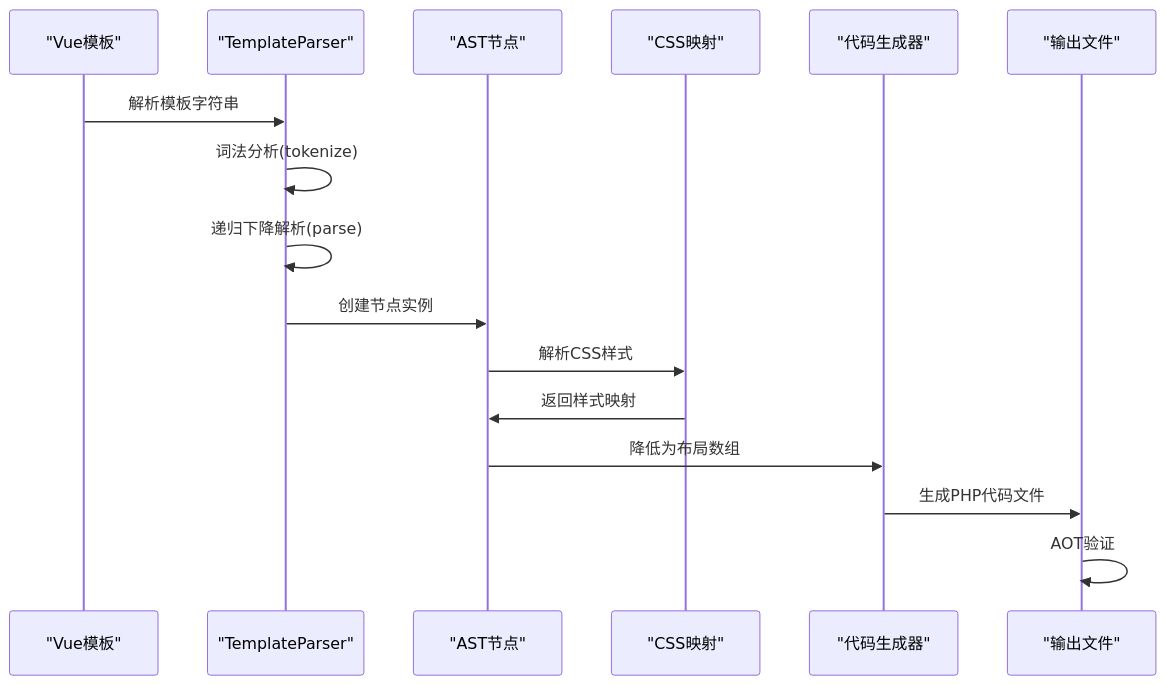
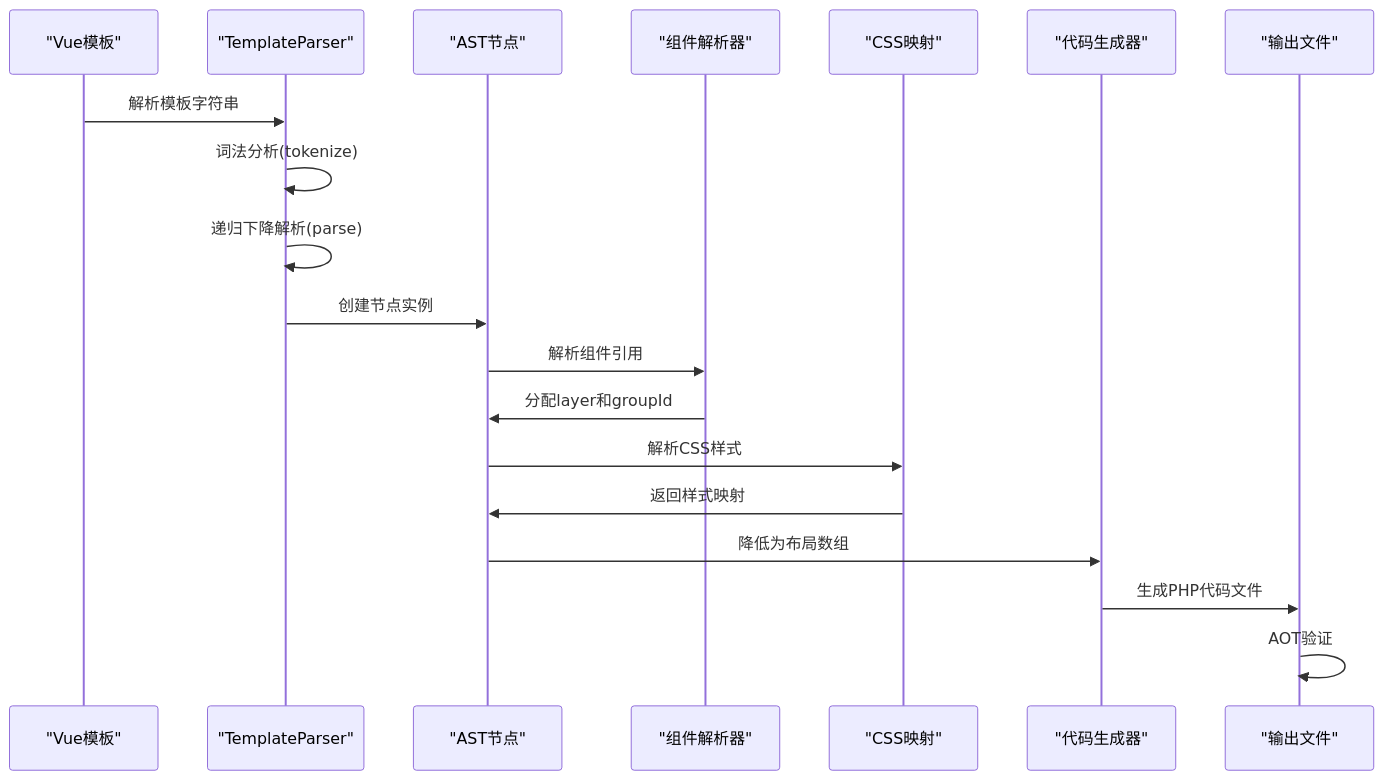
One commit to xingye00186/PHP-Data-UI-Framework-powered-by-swooleAOT changed the third of 7 diagrams in .qoder/repowiki/zh/content/SFC编译器系统/AST节点定义.md. Above: the diagram before and after it, drawn with Mermaid. The commit also changed other lines of this file and 37 other files, not shown here.

````diff
--- a/.qoder/repowiki/zh/content/SFC编译器系统/AST节点定义.md
+++ b/.qoder/repowiki/zh/content/SFC编译器系统/AST节点定义.md
@@ -218,18 +261,21 @@
 ```mermaid
 sequenceDiagram
 participant Vue as "Vue模板"
 participant Parser as "TemplateParser"
 participant AST as "AST节点"
+participant Resolver as "组件解析器"
 participant CSS as "CSS映射"
 participant Generator as "代码生成器"
 participant Output as "输出文件"
 Vue->>Parser : 解析模板字符串
 Parser->>Parser : 词法分析(tokenize)
 Parser->>Parser : 递归下降解析(parse)
 Parser->>AST : 创建节点实例
+AST->>Resolver : 解析组件引用
+Resolver->>AST : 分配layer和groupId
 AST->>CSS : 解析CSS样式
 CSS->>AST : 返回样式映射
 AST->>Generator : 降低为布局数组
 Generator->>Output : 生成PHP代码文件
 Output->>Output : AOT验证
 ```
````
